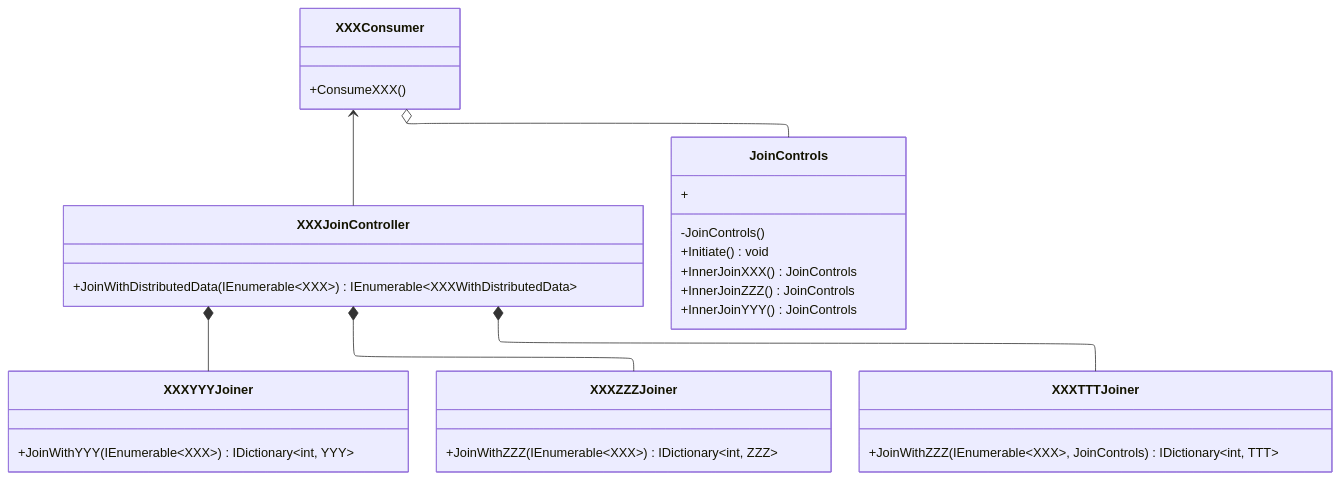
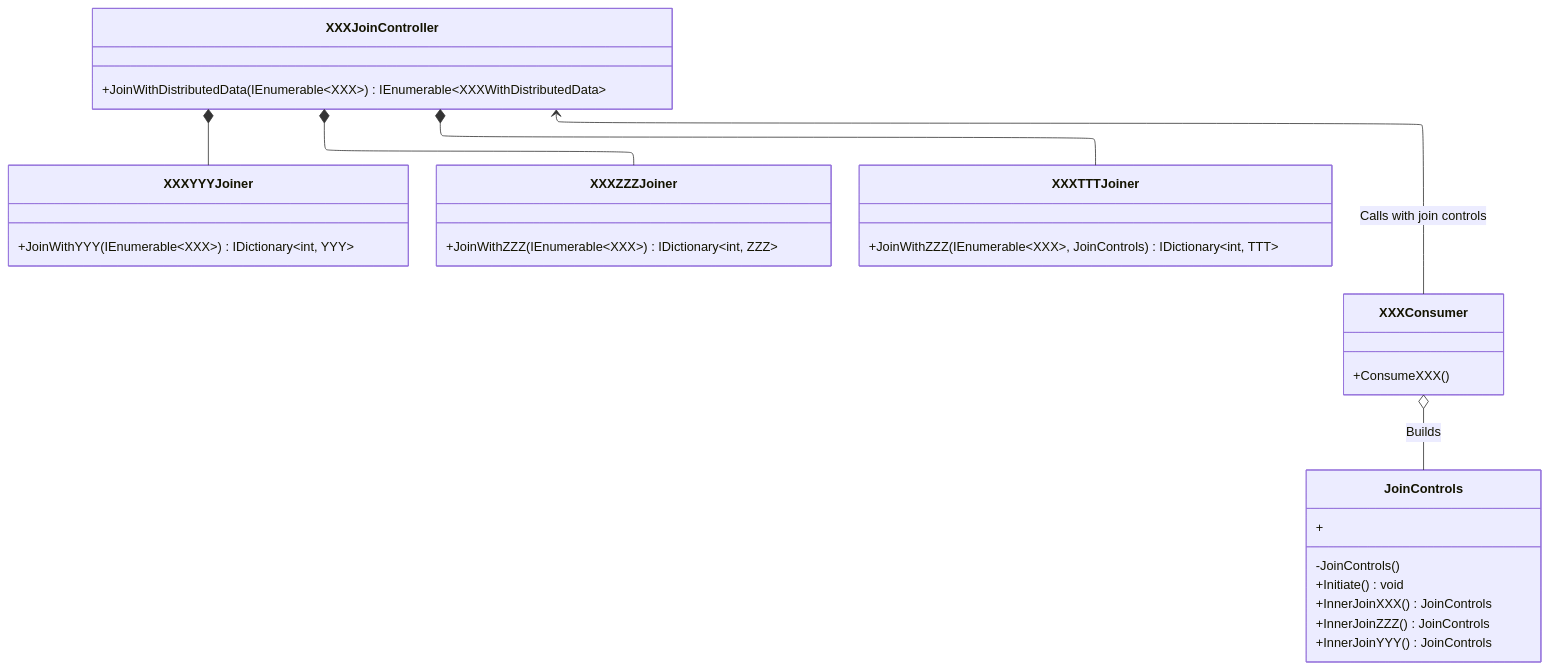
Before and after one commit to medbalighhamdi/Patterns.DistributedJoins: the diagram in README.md, drawn with Mermaid.

Commit message:
docs: update diagram with explanatory text

````diff
--- a/README.md
+++ b/README.md
@@ -31,32 +31,32 @@
 ```mermaid
 %%{ init: { 'layout': 'elk' } }%%
 classDiagram
     XXXJoinController *-- XXXYYYJoiner
     XXXJoinController *-- XXXZZZJoiner
     XXXJoinController *-- XXXTTTJoiner
-    XXXConsumer <--  XXXJoinController
-    XXXConsumer o--  JoinControls
+    XXXJoinController <-- XXXConsumer  : Calls with join controls
+    XXXConsumer o--  JoinControls : Builds
     class XXXYYYJoiner{
       +JoinWithYYY(IEnumerable~XXX~) IDictionary~int, YYY~
     }
     class XXXZZZJoiner{
       +JoinWithZZZ(IEnumerable~XXX~) IDictionary~int, ZZZ~
     }
     class XXXTTTJoiner{
       +JoinWithZZZ(IEnumerable~XXX~, JoinControls) IDictionary~int, TTT~
     }
     class XXXJoinController{
       +JoinWithDistributedData(IEnumerable~XXX~) IEnumerable~XXXWithDistributedData~
     }
      class XXXConsumer{
       +ConsumeXXX()
     }
     class JoinControls{
       -JoinControls()
       +Initiate() void
       +InnerJoinXXX() JoinControls
       +InnerJoinZZZ() JoinControls
       +InnerJoinYYY() JoinControls
       +
     }
 ```
````
